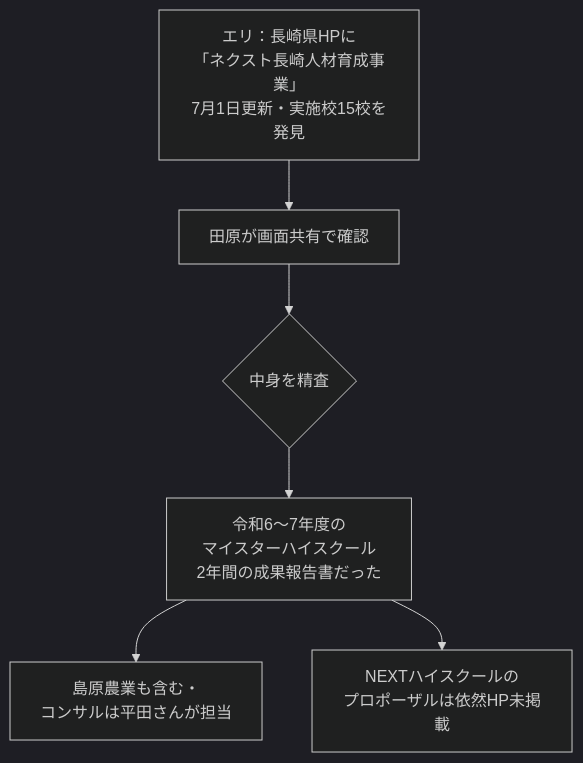
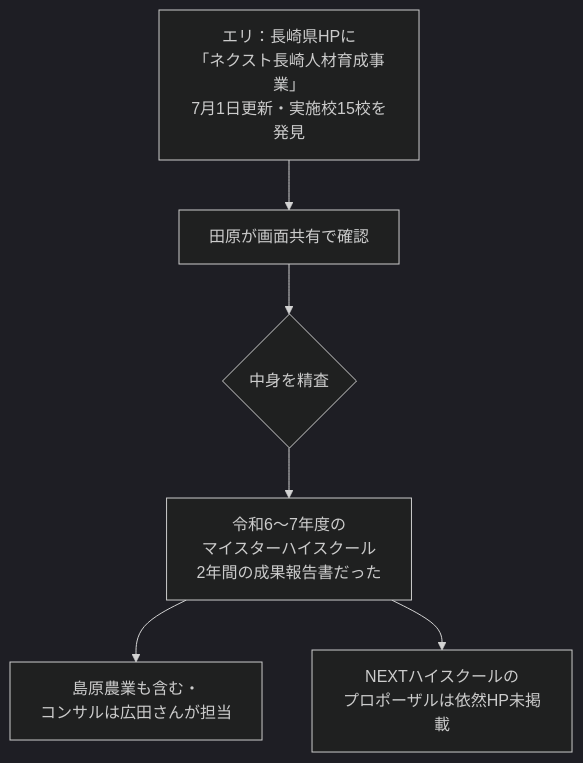
One commit to VOMOYA/planetary-learning-mtg-reports changed the third of 5 diagrams in プラネタリーラーニング運営MTG_20260702.md. Above: the diagram before and after it, drawn with Mermaid (dark theme). The commit also changed other lines of this file, not shown here.

````diff
--- a/プラネタリーラーニング運営MTG_20260702.md
+++ b/プラネタリーラーニング運営MTG_20260702.md
@@ -108,8 +109,8 @@
 ```mermaid
 graph TD
   A[エリ：長崎県HPに<br/>「ネクスト長崎人材育成事業」<br/>7月1日更新・実施校15校を発見] --> B[田原が画面共有で確認]
   B --> C{中身を精査}
   C --> D[令和6〜7年度の<br/>マイスターハイスクール<br/>2年間の成果報告書だった]
-  D --> E[島原農業も含む・<br/>コンサルは平田さんが担当]
+  D --> E[島原農業も含む・<br/>コンサルは広田さんが担当]
   D --> F[NEXTハイスクールの<br/>プロポーザルは依然HP未掲載]
 ```
````
